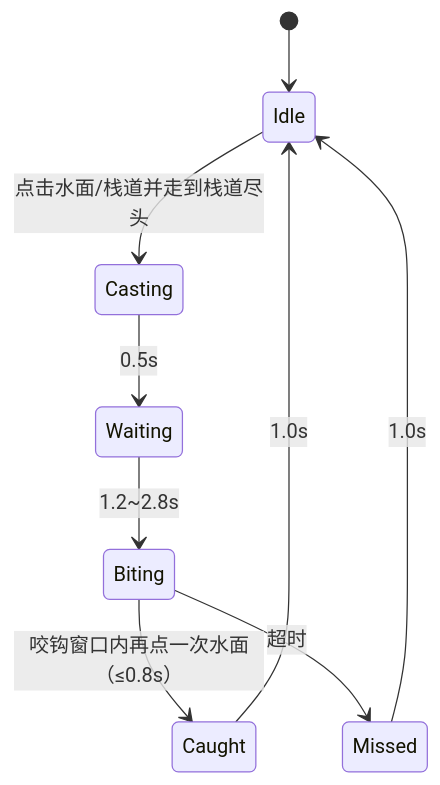
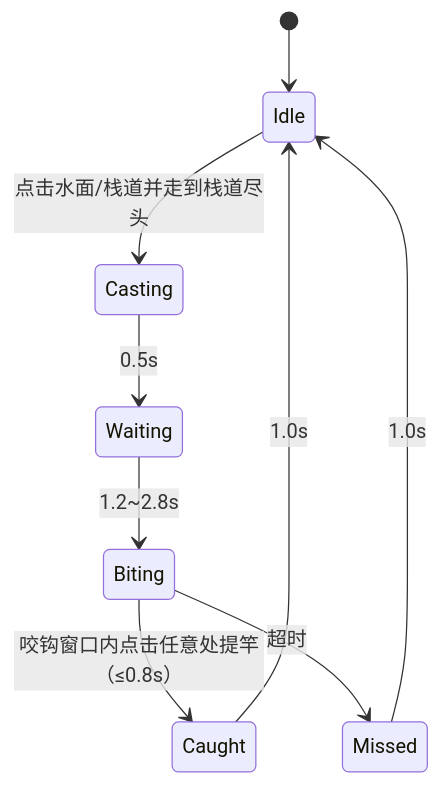
One commit to zmdld11/SHU-Computer-Graphics changed the second of 5 diagrams in docs/期末项目-奶龙农场.md. Above: the diagram before and after it, drawn with Mermaid. The commit also changed other lines of this file and 3 other files, not shown here.

````diff
--- a/docs/期末项目-奶龙农场.md
+++ b/docs/期末项目-奶龙农场.md
@@ -325,11 +326,11 @@
 ```mermaid
 stateDiagram-v2
     [*] --> Idle
     Idle --> Casting: 点击水面/栈道并走到栈道尽头
     Casting --> Waiting: 0.5s
     Waiting --> Biting: 1.2~2.8s
-    Biting --> Caught: 咬钩窗口内再点一次水面（≤0.8s）
+    Biting --> Caught: 咬钩窗口内点击任意处提竿（≤0.8s）
     Biting --> Missed: 超时
     Caught --> Idle: 1.0s
     Missed --> Idle: 1.0s
 ```
````
